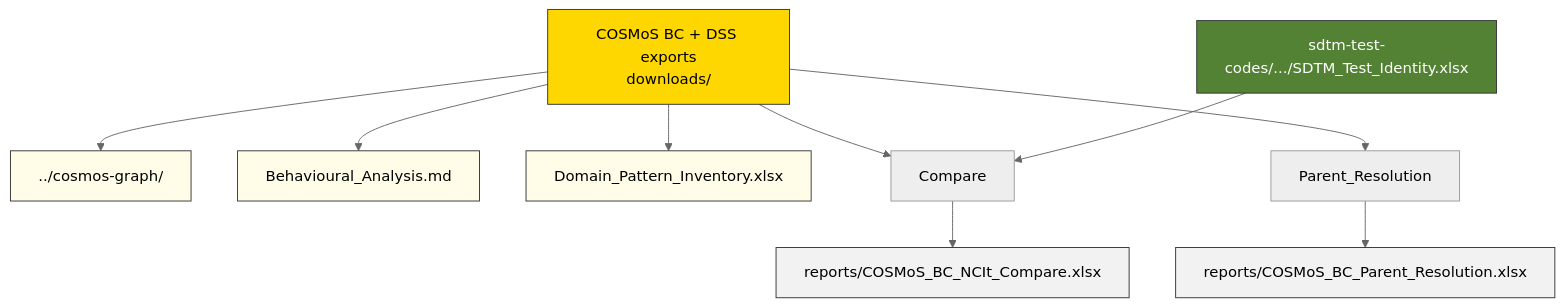
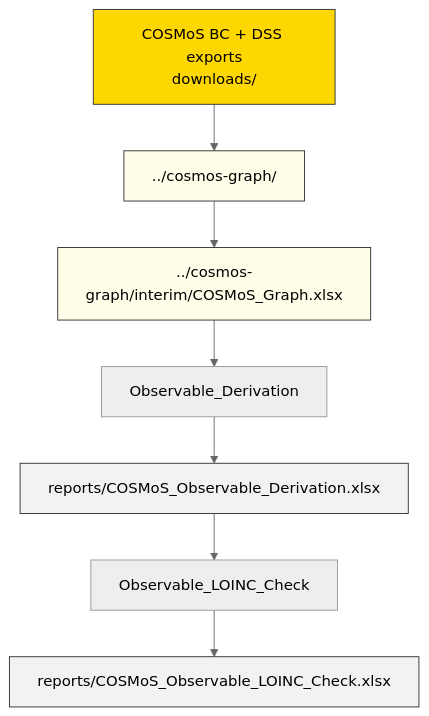
One commit to kerfors/cdisc-for-ai changed the diagram in cosmos-bc-dss/README.md. Above: the diagram before and after it, drawn with Mermaid (neutral theme). The commit also changed other lines of this file and 34 other files, not shown here.

First line of the commit message:
Add domain-behaviour analysis track; exclusion claims in domain reference; archive dead ends

````diff
--- a/cosmos-bc-dss/README.md
+++ b/cosmos-bc-dss/README.md
@@ -38,19 +31,15 @@
 ```mermaid
 graph TD
     A[COSMoS BC + DSS exports<br/>downloads/] --> CG[../cosmos-graph/]
-    A --> BA[Behavioural_Analysis.md]
-    A --> DPI[Domain_Pattern_Inventory.xlsx]
-    A --> CMP[Compare]
-    G[sdtm-test-codes/.../SDTM_Test_Identity.xlsx] --> CMP
-    CMP --> CR[reports/COSMoS_BC_NCIt_Compare.xlsx]
-    A --> PR[Parent_Resolution]
-    PR --> PRR[reports/COSMoS_BC_Parent_Resolution.xlsx]
+    CG --> GX[../cosmos-graph/interim/COSMoS_Graph.xlsx]
+    GX --> OD[Observable_Derivation]
+    OD --> ODR[reports/COSMoS_Observable_Derivation.xlsx]
+    ODR --> OL[Observable_LOINC_Check]
+    OL --> OLR[reports/COSMoS_Observable_LOINC_Check.xlsx]
 
     style A fill:#FFD700,stroke:#333,color:#000
-    style G fill:#548235,stroke:#333,color:#fff
     style CG fill:#FFFCE8,stroke:#333,color:#000
-    style BA fill:#FFFCE8,stroke:#333,color:#000
-    style DPI fill:#FFFCE8,stroke:#333,color:#000
-    style CR fill:#f2f2f2,stroke:#333,color:#000
-    style PRR fill:#f2f2f2,stroke:#333,color:#000
+    style GX fill:#FFFCE8,stroke:#333,color:#000
+    style ODR fill:#f2f2f2,stroke:#333,color:#000
+    style OLR fill:#f2f2f2,stroke:#333,color:#000
 ```
````
